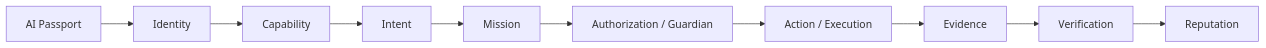
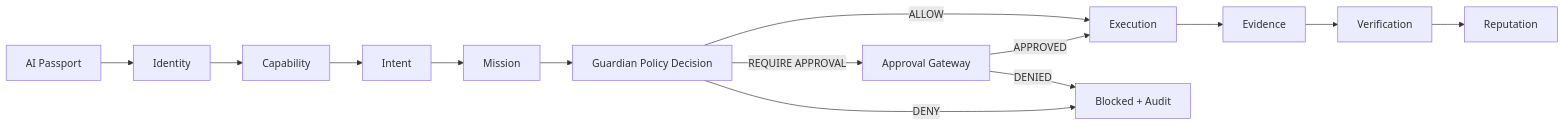
Before and after one commit to oromaskevic23-cmd/AGY---PUBLIC-: the diagram in ARCHITECTURE.md, drawn with Mermaid. The commit also changed other lines of this file, not shown here.

Commit message:
Fix: Convert all architecture references to clickable Markdown links, clarify Guardian vs Approval Gateway separation

````diff
--- a/ARCHITECTURE.md
+++ b/ARCHITECTURE.md
@@ -55,12 +57,16 @@
 ```mermaid
 flowchart LR
   Passport["AI Passport"] --> Identity["Identity"]
   Identity --> Capability["Capability"]
   Capability --> Intent["Intent"]
   Intent --> Mission["Mission"]
-  Mission --> Authorization["Authorization / Guardian"]
-  Authorization --> Action["Action / Execution"]
+  Mission --> Authorization["Guardian Policy Decision"]
+  Authorization -->|ALLOW| Action["Execution"]
+  Authorization -->|REQUIRE APPROVAL| Approval["Approval Gateway"]
+  Authorization -->|DENY| Blocked["Blocked + Audit"]
+  Approval -->|APPROVED| Action
+  Approval -->|DENIED| Blocked
   Action --> Evidence["Evidence"]
   Evidence --> Verification["Verification"]
   Verification --> Reputation["Reputation"]
 ```
````
